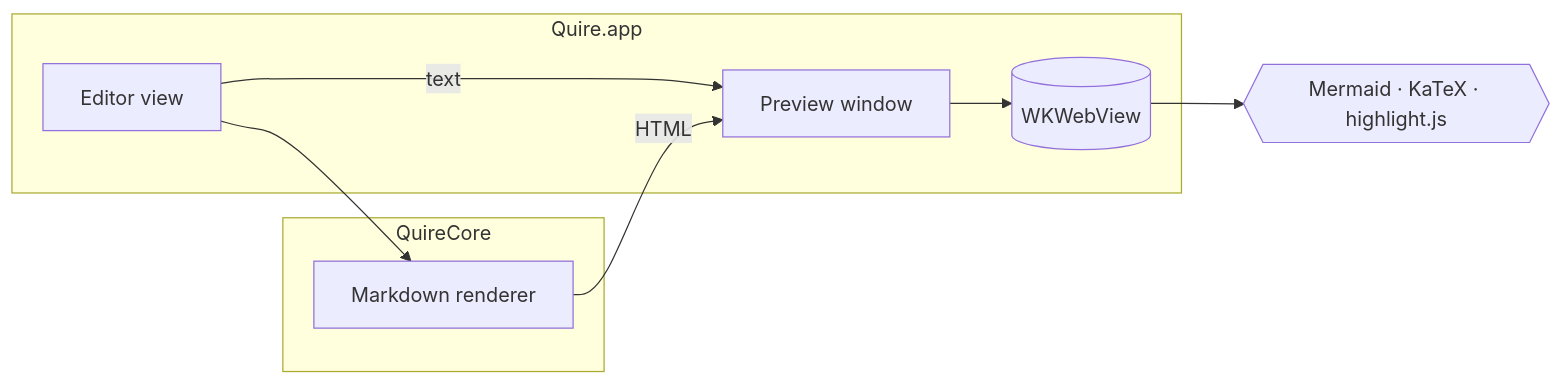
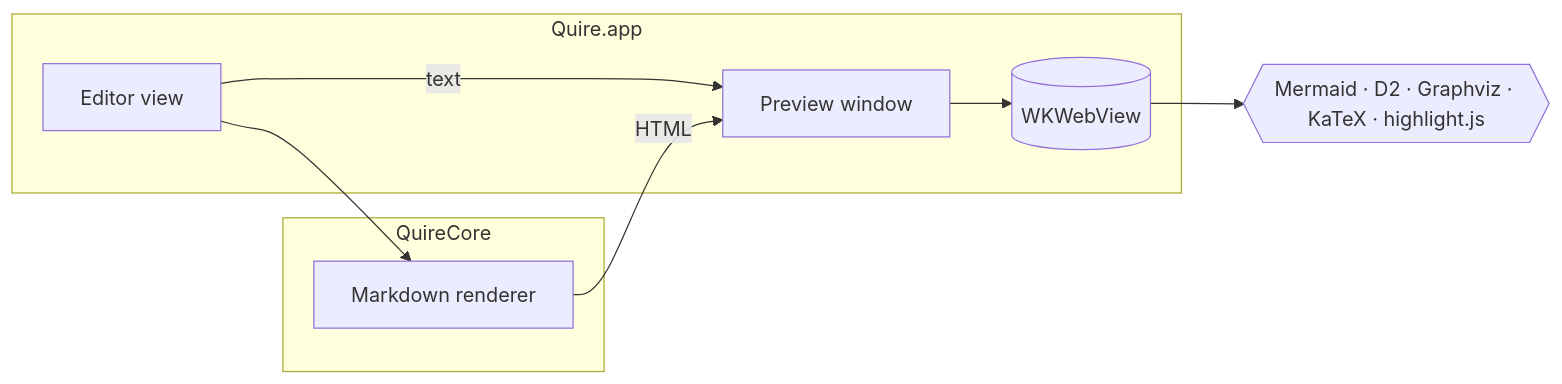
One commit to ranbir/quire changed the first of 4 diagrams in docs/preview-sample.md. Above: the diagram before and after it, drawn with Mermaid. The commit also changed other lines of this file and 18 other files, not shown here.

First line of the commit message:
Add D2 and Graphviz diagrams, upgrade Mermaid to 12.1

````diff
--- a/docs/preview-sample.md
+++ b/docs/preview-sample.md
@@ -12,13 +12,13 @@
 ```mermaid
 flowchart LR
     subgraph App["Quire.app"]
         Editor[Editor view] -->|text| Preview[Preview window]
         Preview --> WebKit[(WKWebView)]
     end
     subgraph Core["QuireCore"]
         MD[Markdown renderer]
     end
     Editor --> MD
     MD -->|HTML| Preview
-    WebKit --> Libs{{Mermaid · KaTeX · highlight.js}}
+    WebKit --> Libs{{Mermaid · D2 · Graphviz · KaTeX · highlight.js}}
 ```
````
